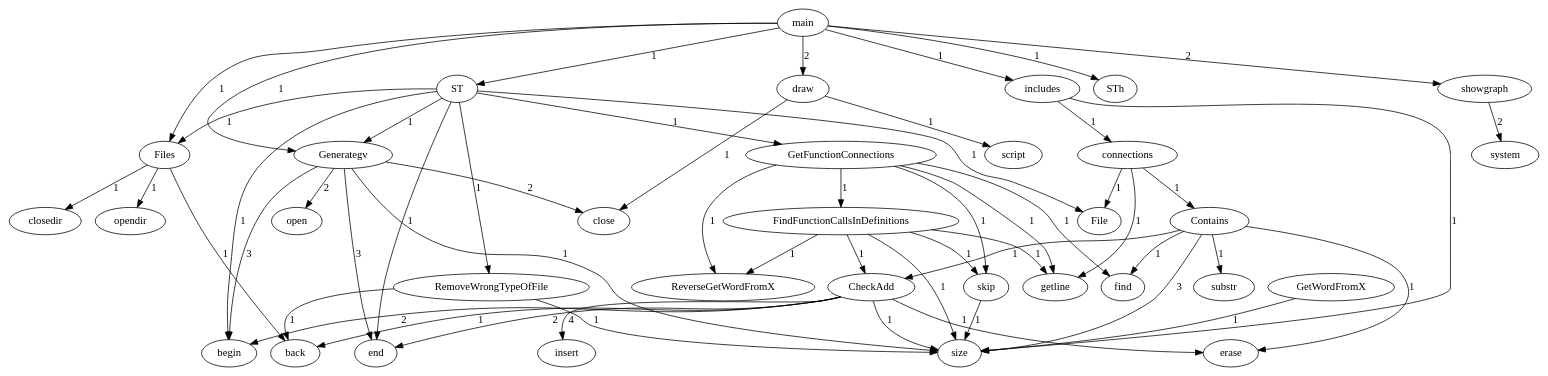
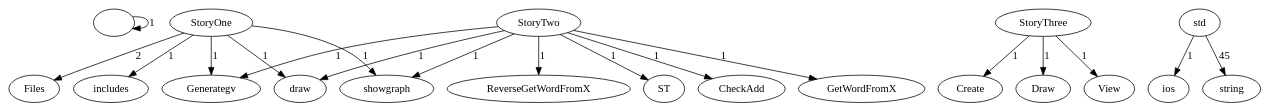
The diagram in Data.gv (Work-In-Progress-Bananna-Knife/A-La-Projet-Un-), drawn with Graphviz before and after one commit. The commit also changed 3 other files, not shown here.

```diff
--- a/Data.gv
+++ b/Data.gv
@@ -1,57 +1,20 @@
 digraph foo{
-"CheckAdd"->"back"[label = "1"];
-"CheckAdd"->"begin"[label = "2"];
-"CheckAdd"->"end"[label = "2"];
-"CheckAdd"->"erase"[label = "1"];
-"CheckAdd"->"insert"[label = "4"];
-"CheckAdd"->"size"[label = "1"];
-"Contains"->"CheckAdd"[label = "1"];
-"Contains"->"erase"[label = "1"];
-"Contains"->"find"[label = "1"];
-"Contains"->"size"[label = "3"];
-"Contains"->"substr"[label = "1"];
-"Files"->"back"[label = "1"];
-"Files"->"closedir"[label = "1"];
-"Files"->"opendir"[label = "1"];
-"FindFunctionCallsInDefinitions"->"CheckAdd"[label = "1"];
-"FindFunctionCallsInDefinitions"->"ReverseGetWordFromX"[label = "1"];
-"FindFunctionCallsInDefinitions"->"getline"[label = "1"];
-"FindFunctionCallsInDefinitions"->"size"[label = "1"];
-"FindFunctionCallsInDefinitions"->"skip"[label = "1"];
-"Generategv"->"begin"[label = "3"];
-"Generategv"->"close"[label = "2"];
-"Generategv"->"end"[label = "3"];
-"Generategv"->"open"[label = "2"];
-"Generategv"->"size"[label = "1"];
-"GetFunctionConnections"->"FindFunctionCallsInDefinitions"[label = "1"];
-"GetFunctionConnections"->"ReverseGetWordFromX"[label = "1"];
-"GetFunctionConnections"->"find"[label = "1"];
-"GetFunctionConnections"->"getline"[label = "1"];
-"GetFunctionConnections"->"skip"[label = "1"];
-"GetWordFromX"->"size"[label = "1"];
-"RemoveWrongTypeOfFile"->"back"[label = "1"];
-"RemoveWrongTypeOfFile"->"size"[label = "1"];
-"ST"->"File"[label = "1"];
-"ST"->"Files"[label = "1"];
-"ST"->"Generategv"[label = "1"];
-"ST"->"GetFunctionConnections"[label = "1"];
-"ST"->"RemoveWrongTypeOfFile"[label = "1"];
-"ST"->"begin"[label = "1"];
-"ST"->"end"[label = "1"];
-"connections"->"Contains"[label = "1"];
-"connections"->"File"[label = "1"];
-"connections"->"getline"[label = "1"];
-"draw"->"close"[label = "1"];
-"draw"->"script"[label = "1"];
-"includes"->"connections"[label = "1"];
-"includes"->"size"[label = "1"];
-"main"->"Files"[label = "1"];
-"main"->"Generategv"[label = "1"];
-"main"->"ST"[label = "1"];
-"main"->"STh"[label = "1"];
-"main"->"draw"[label = "2"];
-"main"->"includes"[label = "1"];
-"main"->"showgraph"[label = "2"];
-"showgraph"->"system"[label = "2"];
-"skip"->"size"[label = "1"];
+""->""[label = "1"];
+"StoryOne"->"Files"[label = "2"];
+"StoryOne"->"Generategv"[label = "1"];
+"StoryOne"->"draw"[label = "1"];
+"StoryOne"->"includes"[label = "1"];
+"StoryOne"->"showgraph"[label = "1"];
+"StoryThree"->"Create"[label = "1"];
+"StoryThree"->"Draw"[label = "1"];
+"StoryThree"->"View"[label = "1"];
+"StoryTwo"->"CheckAdd"[label = "1"];
+"StoryTwo"->"Generategv"[label = "1"];
+"StoryTwo"->"GetWordFromX"[label = "1"];
+"StoryTwo"->"ReverseGetWordFromX"[label = "1"];
+"StoryTwo"->"ST"[label = "1"];
+"StoryTwo"->"draw"[label = "1"];
+"StoryTwo"->"showgraph"[label = "1"];
+"std"->"ios"[label = "1"];
+"std"->"string"[label = "45"];
 }
```
